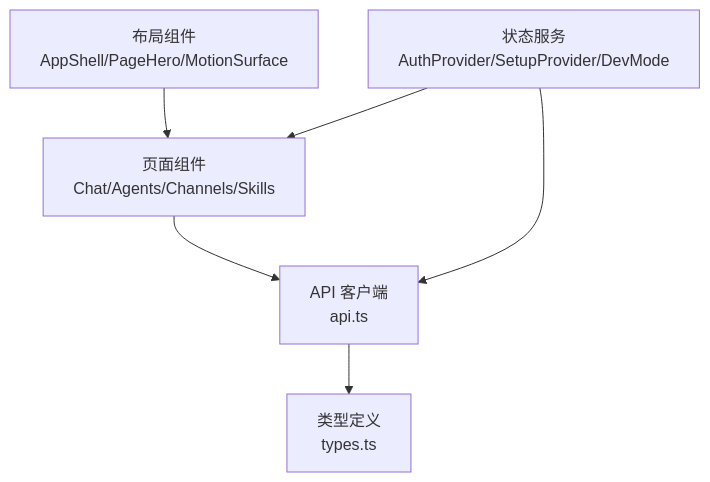
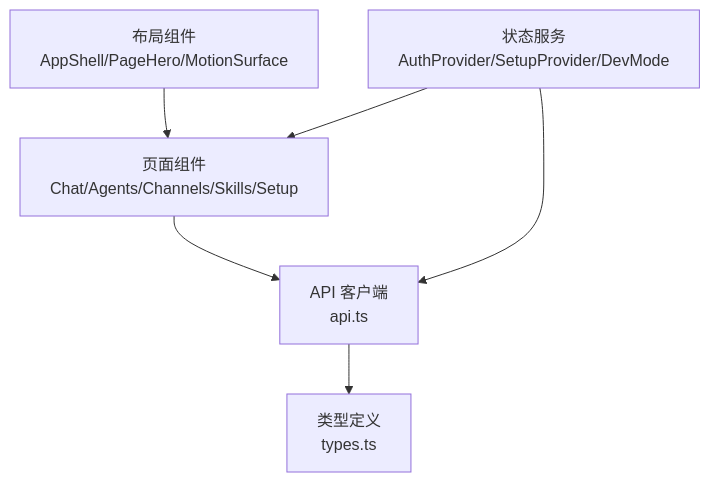
The second of 9 diagrams in .qoder/repowiki/zh/content/Web 界面/Web 界面.md (757607106/nanobot), drawn with Mermaid before and after one commit. The commit also changed other lines of this file and 60 other files, not shown here.

````diff
--- a/.qoder/repowiki/zh/content/Web 界面/Web 界面.md
+++ b/.qoder/repowiki/zh/content/Web 界面/Web 界面.md
@@ -131,13 +146,13 @@
 ```mermaid
 graph TB
-UI["页面组件<br/>Chat/Agents/Channels/Skills"]
+UI["页面组件<br/>Chat/Agents/Channels/Skills/Setup"]
 L["布局组件<br/>AppShell/PageHero/MotionSurface"]
 S["状态服务<br/>AuthProvider/SetupProvider/DevMode"]
 API["API 客户端<br/>api.ts"]
 T["类型定义<br/>types.ts"]
 UI --> API
 L --> UI
 S --> UI
 S --> API
 API --> T
 ```
````
